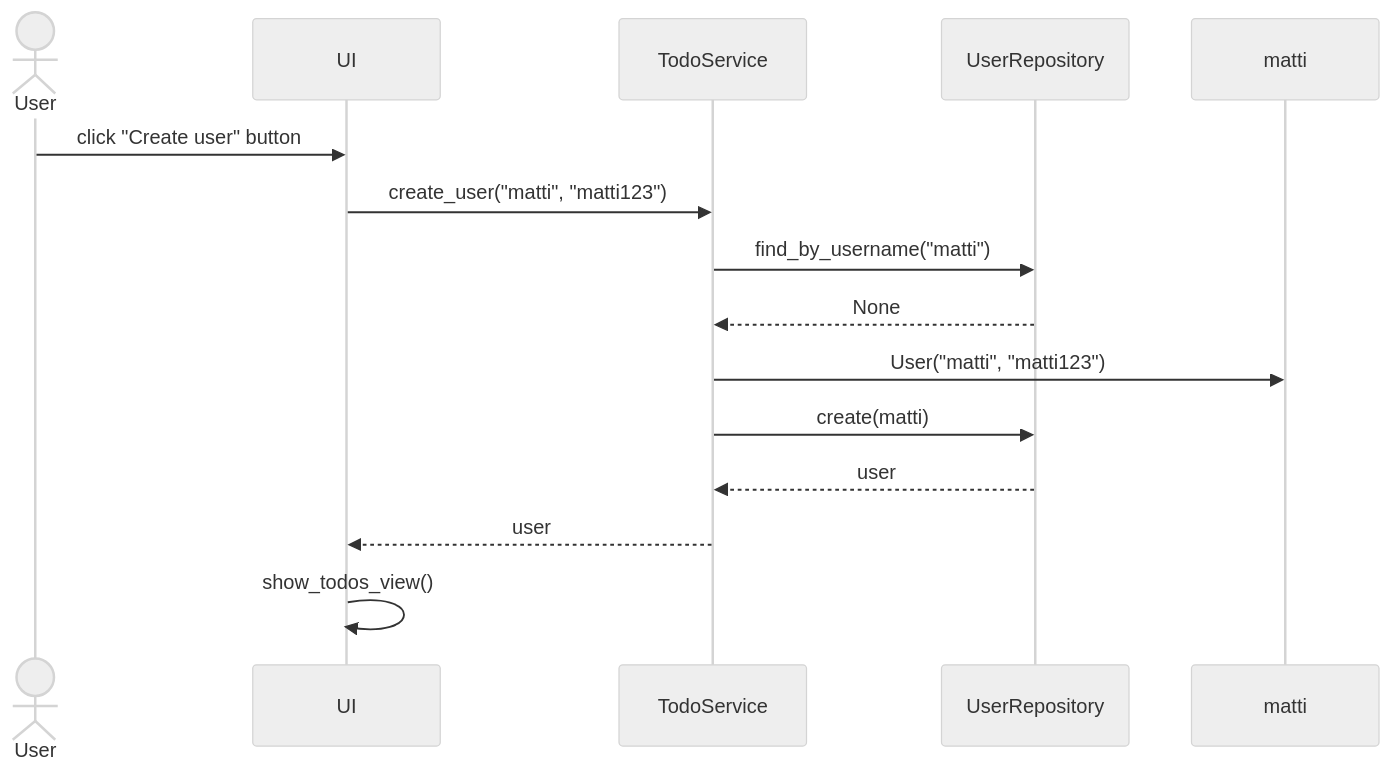
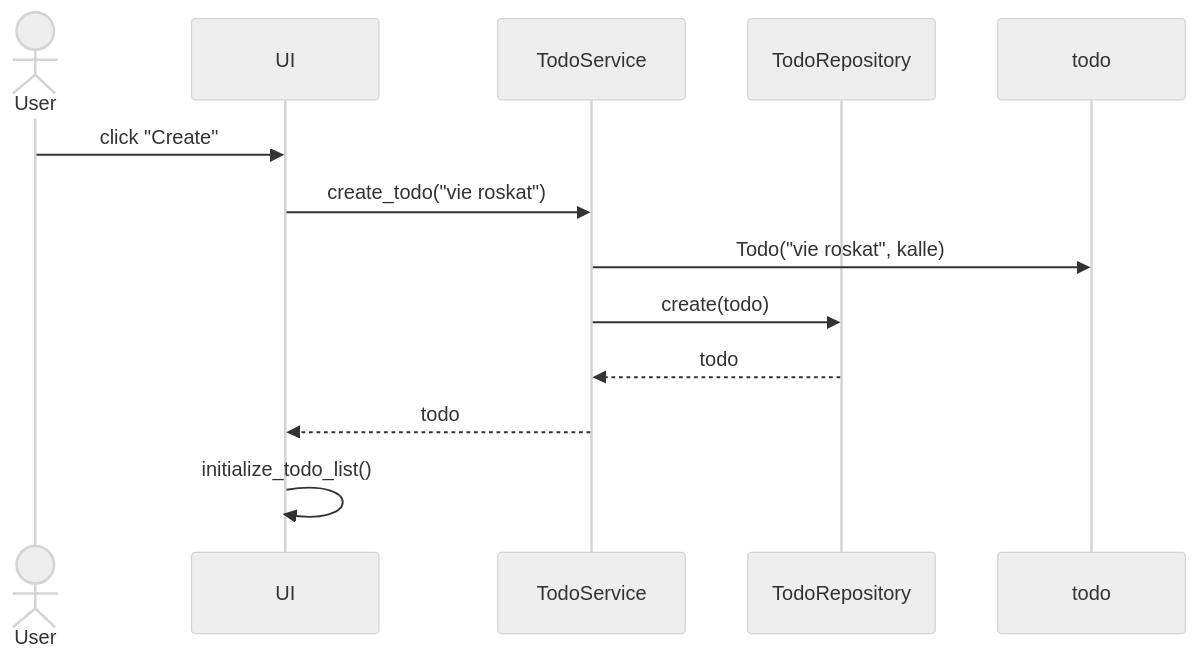
One commit to EeroAnt/ot-harjoitusty- changed the diagram in laskarit/viikko3/sekvenssikaavio.md. Above: the diagram before and after it, drawn with Mermaid (neutral theme).

Commit message:
sekvenssikaavio v0.11

````diff
--- a/laskarit/viikko3/sekvenssikaavio.md
+++ b/laskarit/viikko3/sekvenssikaavio.md
@@ -1,17 +1,15 @@
 ```mermaid
 sequenceDiagram
   actor User
   participant UI
   participant TodoService
-  participant UserRepository
-  participant matti
-  User->>UI: click "Create user" button
-  UI->>TodoService: create_user("matti", "matti123")
-  TodoService->>UserRepository: find_by_username("matti")
-  UserRepository-->>TodoService: None
-  TodoService->>matti: User("matti", "matti123")
-  TodoService->>UserRepository: create(matti)
-  UserRepository-->>TodoService: user
-  TodoService-->>UI: user
-  UI->>UI: show_todos_view()
+  participant TodoRepository
+  participant todo
+  User->>UI: click "Create"
+  UI->>TodoService: create_todo("vie roskat")
+  TodoService->>todo: Todo("vie roskat", kalle)
+  TodoService->>TodoRepository: create(todo)
+  TodoRepository-->>TodoService: todo
+  TodoService-->>UI: todo 
+  UI->>UI: initialize_todo_list()
 ```
````
